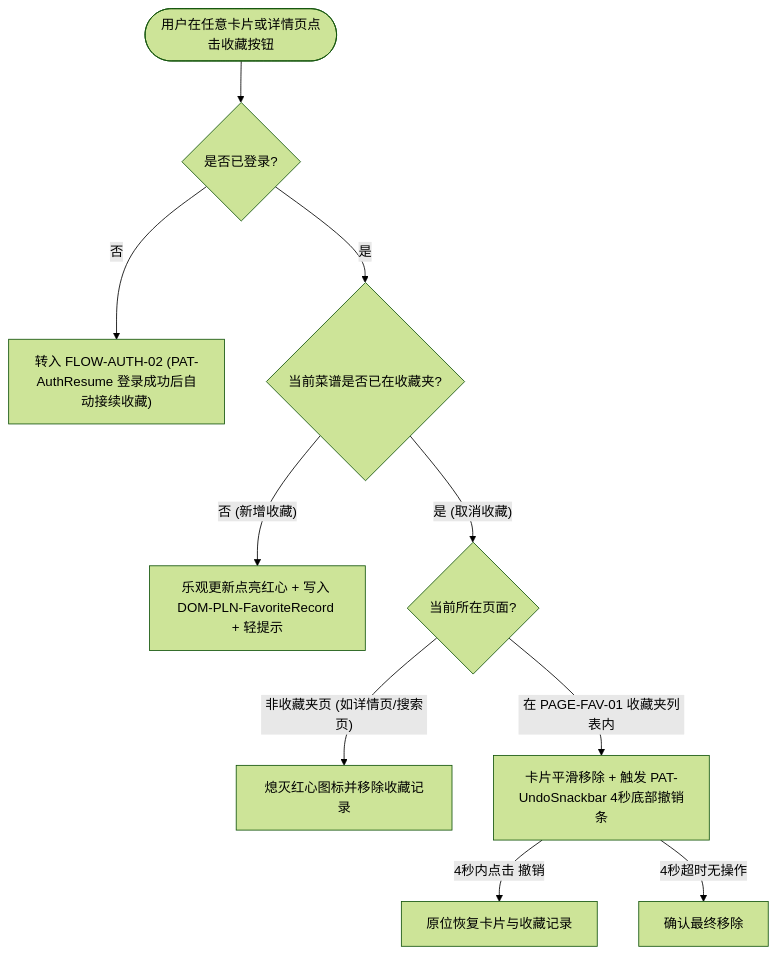
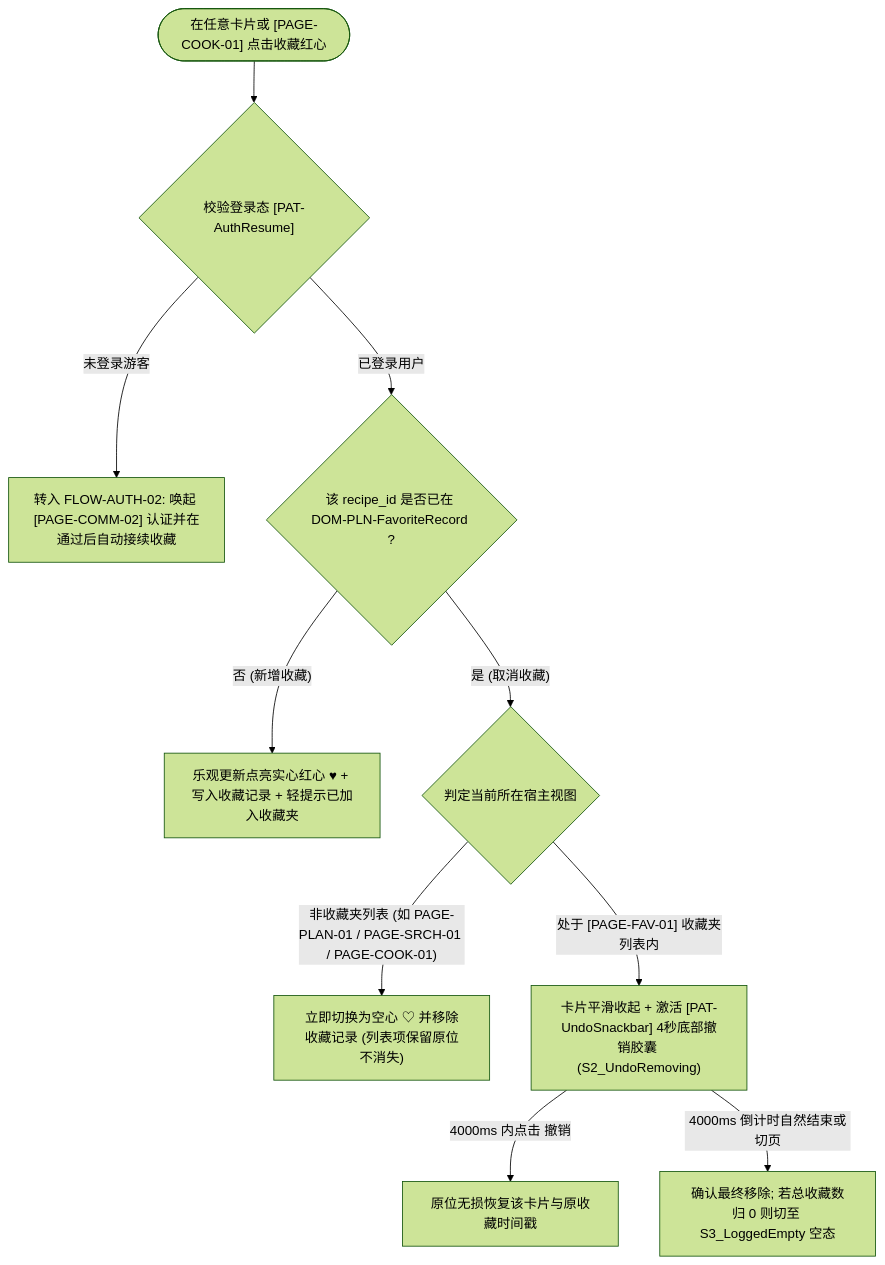
Before and after one commit to icecream154/Cookbook: the second of 2 diagrams in Product/spec/04-ia-and-flows/flows/search-and-collection.md, drawn with Mermaid (forest theme). The commit also changed other lines of this file and 28 other files, not shown here.

Commit message:
feat: update ia and flows doc

````diff
--- a/Product/spec/04-ia-and-flows/flows/search-and-collection.md
+++ b/Product/spec/04-ia-and-flows/flows/search-and-collection.md
@@ -30,15 +39,15 @@
 ```mermaid
 flowchart TD
-    CLICK_HEART(["用户在任意卡片或详情页点击收藏按钮"]) --> IS_LOGIN{"是否已登录?"}
-    IS_LOGIN -- "否" --> AUTH_GATE["转入 FLOW-AUTH-02 (PAT-AuthResume 登录成功后自动接续收藏)"]
-    IS_LOGIN -- "是" --> IS_FAV{"当前菜谱是否已在收藏夹?"}
+    CLICK_HEART(["在任意卡片或 [PAGE-COOK-01] 点击收藏红心"]) --> IS_LOGIN{"校验登录态 [PAT-AuthResume]"}
+    IS_LOGIN -- "未登录游客" --> AUTH_GATE["转入 FLOW-AUTH-02: 唤起 [PAGE-COMM-02] 认证并在通过后自动接续收藏"]
+    IS_LOGIN -- "已登录用户" --> IS_FAV{"该 recipe_id 是否已在 DOM-PLN-FavoriteRecord ?"}
 
-    IS_FAV -- "否 (新增收藏)" --> ADD_FAV["乐观更新点亮红心 + 写入 DOM-PLN-FavoriteRecord + 轻提示"]
-    IS_FAV -- "是 (取消收藏)" --> WHERE{"当前所在页面?"}
+    IS_FAV -- "否 (新增收藏)" --> ADD_FAV["乐观更新点亮实心红心 ♥ + 写入收藏记录 + 轻提示已加入收藏夹"]
+    IS_FAV -- "是 (取消收藏)" --> WHERE{"判定当前所在宿主视图"}
 
-    WHERE -- "非收藏夹页 (如详情页/搜索页)" --> REMOVE_DIRECT["熄灭红心图标并移除收藏记录"]
-    WHERE -- "在 PAGE-FAV-01 收藏夹列表内" --> REMOVE_WITH_UNDO["卡片平滑移除 + 触发 PAT-UndoSnackbar 4秒底部撤销条"]
+    WHERE -- "非收藏夹列表 (如 PAGE-PLAN-01 / PAGE-SRCH-01 / PAGE-COOK-01)" --> REMOVE_DIRECT["立即切换为空心 ♡ 并移除收藏记录 (列表项保留原位不消失)"]
+    WHERE -- "处于 [PAGE-FAV-01] 收藏夹列表内" --> REMOVE_WITH_UNDO["卡片平滑收起 + 激活 [PAT-UndoSnackbar] 4秒底部撤销胶囊 (S2_UndoRemoving)"]
 
-    REMOVE_WITH_UNDO -- "4秒内点击 撤销" --> RESTORE["原位恢复卡片与收藏记录"]
-    REMOVE_WITH_UNDO -- "4秒超时无操作" --> COMMIT_DEL["确认最终移除"]
+    REMOVE_WITH_UNDO -- "4000ms 内点击 撤销" --> RESTORE["原位无损恢复该卡片与原收藏时间戳"]
+    REMOVE_WITH_UNDO -- "4000ms 倒计时自然结束或切页" --> COMMIT_DEL["确认最终移除; 若总收藏数归 0 则切至 S3_LoggedEmpty 空态"]
 ```
````
